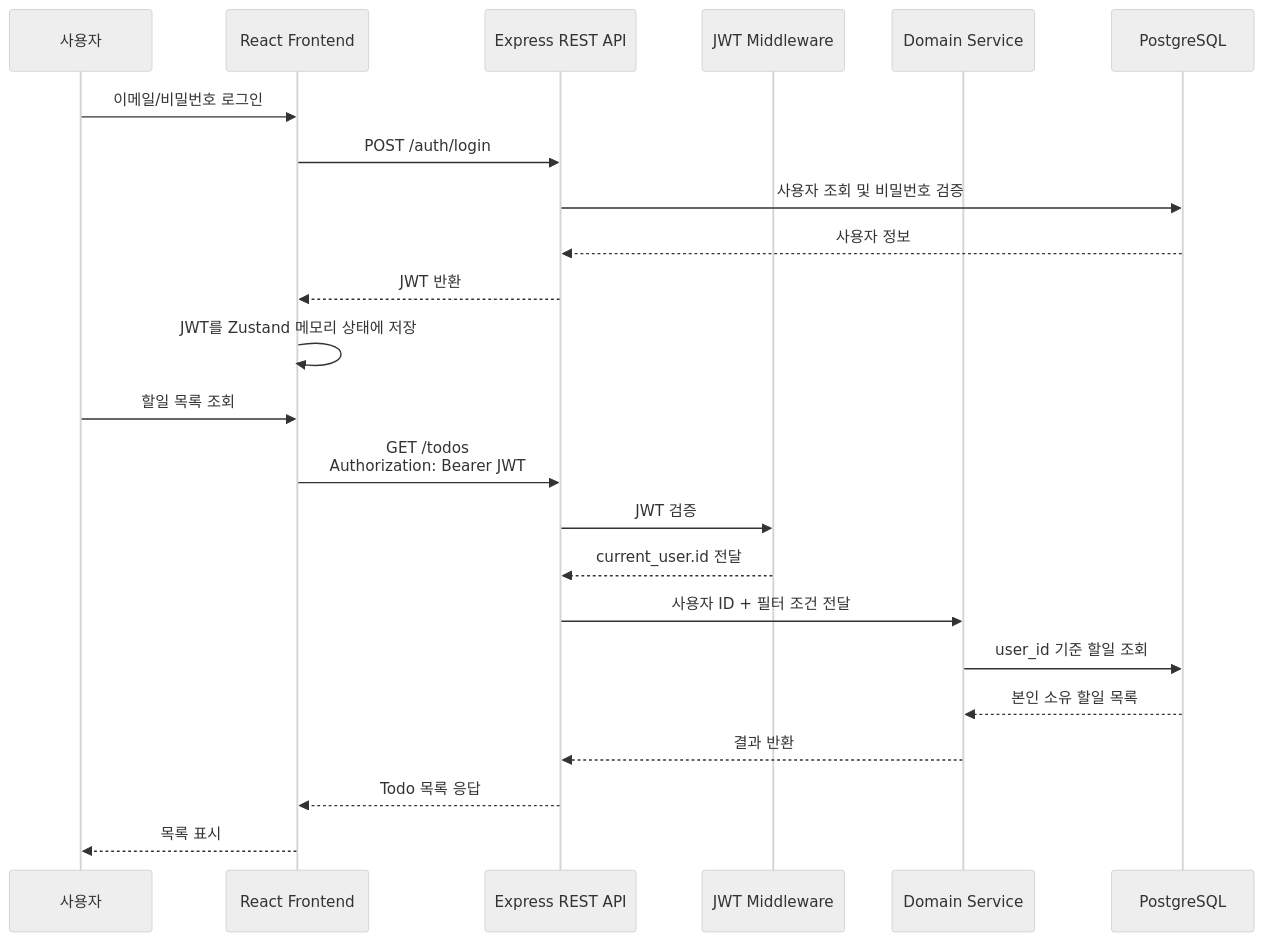
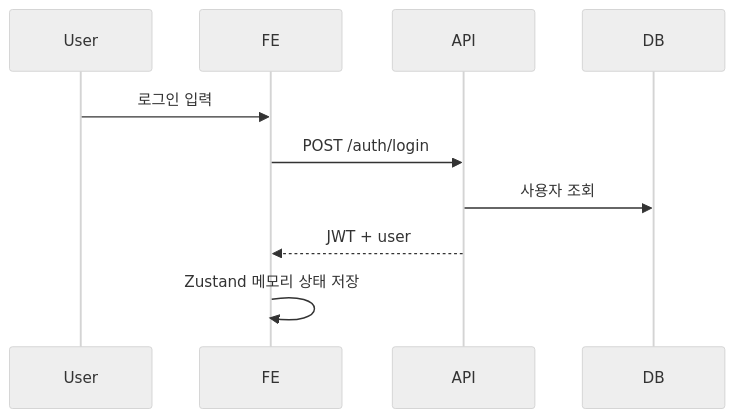
One commit to rrrsh1215-svg/todolist-app changed the fourth of 6 diagrams in docs/5-arch-diagram.md. Above: the diagram before and after it, drawn with Mermaid (neutral theme). The commit also changed other lines of this file and 151 other files, not shown here.

````diff
--- a/docs/5-arch-diagram.md
+++ b/docs/5-arch-diagram.md
@@ -65,27 +83,13 @@
 ```mermaid
 sequenceDiagram
-    participant User as 사용자
-    participant FE as React Frontend
-    participant API as Express REST API
-    participant Auth as JWT Middleware
-    participant Service as Domain Service
-    participant DB as PostgreSQL
+    participant User
+    participant FE
+    participant API
+    participant DB
 
-    User->>FE: 이메일/비밀번호 로그인
+    User->>FE: 로그인 입력
     FE->>API: POST /auth/login
-    API->>DB: 사용자 조회 및 비밀번호 검증
-    DB-->>API: 사용자 정보
-    API-->>FE: JWT 반환
-    FE->>FE: JWT를 Zustand 메모리 상태에 저장
-
-    User->>FE: 할일 목록 조회
-    FE->>API: GET /todos<br/>Authorization: Bearer JWT
-    API->>Auth: JWT 검증
-    Auth-->>API: current_user.id 전달
-    API->>Service: 사용자 ID + 필터 조건 전달
-    Service->>DB: user_id 기준 할일 조회
-    DB-->>Service: 본인 소유 할일 목록
-    Service-->>API: 결과 반환
-    API-->>FE: Todo 목록 응답
-    FE-->>User: 목록 표시
+    API->>DB: 사용자 조회
+    API-->>FE: JWT + user
+    FE->>FE: Zustand 메모리 상태 저장
 ```
````
